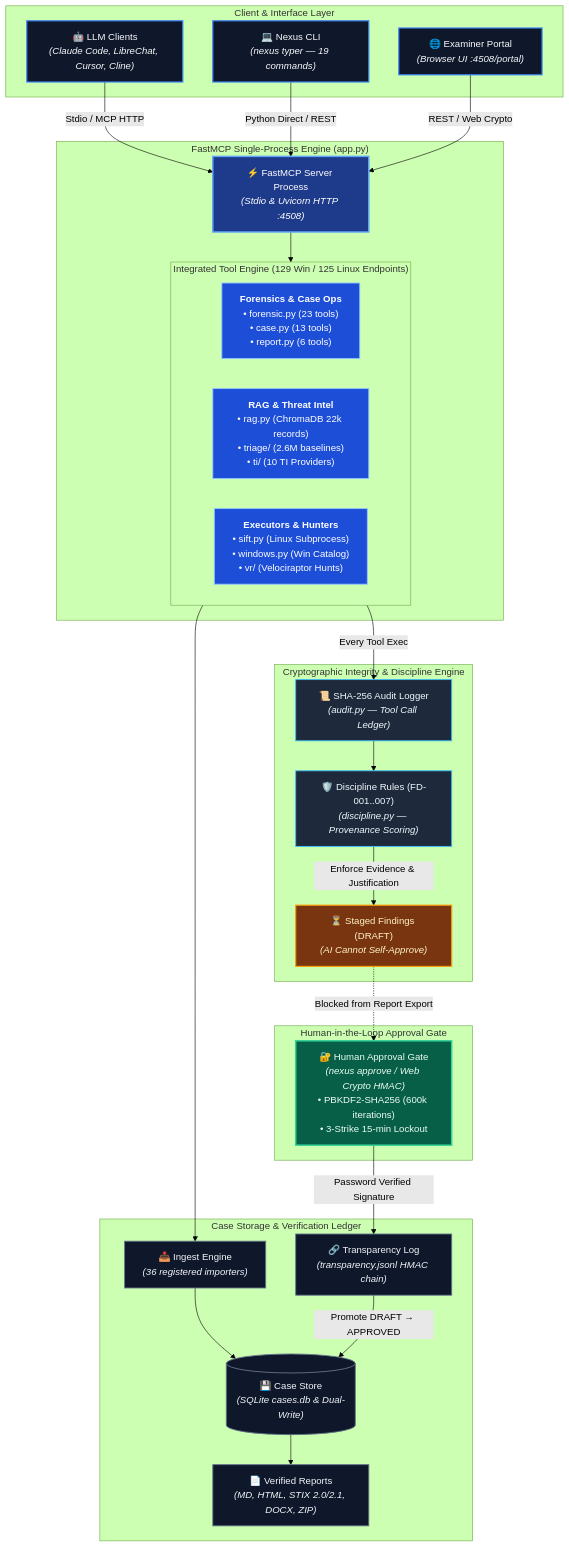
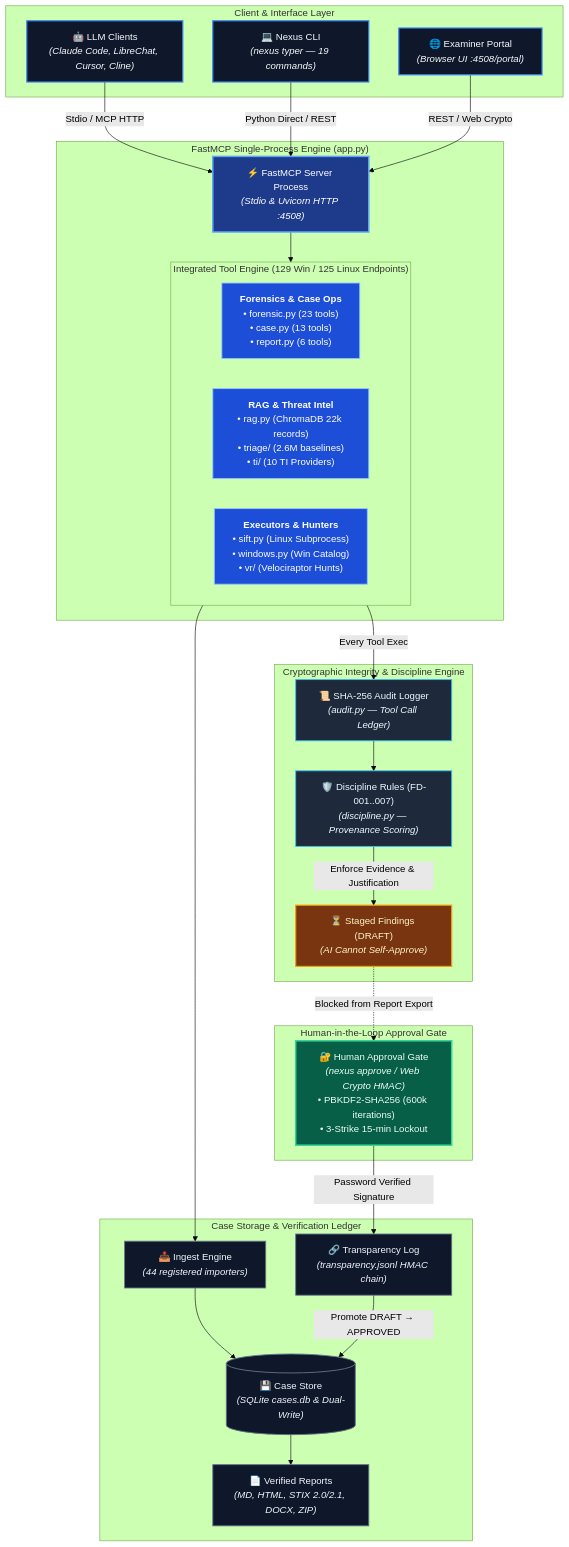
One commit to Ganron007/DFIR-Nexus changed the second of 2 diagrams in Docs/ARCHITECTURE.md. Above: the diagram before and after it, drawn with Mermaid (forest theme). The commit also changed other lines of this file and 4 other files, not shown here.

First line of the commit message:
docs: second pass — N3 schema v2, Mode 2/3 status, API contract, FAQ, README modes

````diff
--- a/Docs/ARCHITECTURE.md
+++ b/Docs/ARCHITECTURE.md
@@ -90,72 +90,72 @@
 ```mermaid
 flowchart TD
     %% DFIR-Nexus Architecture Diagram - Logo Matched (#1e3a8a, #2563eb, #60a5fa, #0f172a)
     classDef clientStyle fill:#0f172a,stroke:#3b82f6,stroke-width:2px,color:#f8fafc;
     classDef serverStyle fill:#1e3a8a,stroke:#60a5fa,stroke-width:2.5px,color:#ffffff;
     classDef toolStyle fill:#1d4ed8,stroke:#93c5fd,stroke-width:1.5px,color:#ffffff;
     classDef disciplineStyle fill:#1e293b,stroke:#38bdf8,stroke-width:1.5px,color:#f0f9ff;
     classDef draftStyle fill:#78350f,stroke:#f59e0b,stroke-width:2px,color:#fef3c7;
     classDef gateStyle fill:#065f46,stroke:#34d399,stroke-width:2.5px,color:#ecfdf5;
     classDef storageStyle fill:#0f172a,stroke:#64748b,stroke-width:1.5px,color:#f1f5f9;
 
     subgraph CLIENTS [" Client & Interface Layer "]
         LLM["🤖 LLM Clients<br/><i>(Claude Code, LibreChat, Cursor, Cline)</i>"]:::clientStyle
         CLI["💻 Nexus CLI<br/><i>(nexus typer — 19 commands)</i>"]:::clientStyle
         WEB["🌐 Examiner Portal<br/><i>(Browser UI :4508/portal)</i>"]:::clientStyle
     end
 
     subgraph CORE [" FastMCP Single-Process Engine (app.py) "]
         MCP["⚡ FastMCP Server Process<br/><i>(Stdio & Uvicorn HTTP :4508)</i>"]:::serverStyle
         
         subgraph MODULES [" Integrated Tool Engine (129 Win / 125 Linux Endpoints) "]
             direction LR
             CORE_TOOLS["<b>Forensics & Case Ops</b><br/>• forensic.py (23 tools)<br/>• case.py (13 tools)<br/>• report.py (6 tools)"]:::toolStyle
             INTEL_TOOLS["<b>RAG & Threat Intel</b><br/>• rag.py (ChromaDB 22k records)<br/>• triage/ (2.6M baselines)<br/>• ti/ (10 TI Providers)"]:::toolStyle
             EXEC_TOOLS["<b>Executors & Hunters</b><br/>• sift.py (Linux Subprocess)<br/>• windows.py (Win Catalog)<br/>• vr/ (Velociraptor Hunts)"]:::toolStyle
         end
     end
 
     subgraph DISCIPLINE [" Cryptographic Integrity & Discipline Engine "]
         AUDIT["📜 SHA-256 Audit Logger<br/><i>(audit.py — Tool Call Ledger)</i>"]:::disciplineStyle
         RULES["🛡️ Discipline Rules (FD-001..007)<br/><i>(discipline.py — Provenance Scoring)</i>"]:::disciplineStyle
         DRAFT["⏳ Staged Findings (DRAFT)<br/><i>(AI Cannot Self-Approve)</i>"]:::draftStyle
     end
 
     subgraph HITL [" Human-in-the-Loop Approval Gate "]
         GATE["🔐 Human Approval Gate<br/><i>(nexus approve / Web Crypto HMAC)</i><br/>• PBKDF2-SHA256 (600k iterations)<br/>• 3-Strike 15-min Lockout"]:::gateStyle
     end
 
     subgraph LEDGER [" Case Storage & Verification Ledger "]
-        INGEST["📥 Ingest Engine<br/><i>(36 registered importers)</i>"]:::storageStyle
+        INGEST["📥 Ingest Engine<br/><i>(44 registered importers)</i>"]:::storageStyle
         DB[("💾 Case Store<br/><i>(SQLite cases.db & Dual-Write)</i>")]:::storageStyle
         TRANSPARENCY["🔗 Transparency Log<br/><i>(transparency.jsonl HMAC chain)</i>"]:::storageStyle
         REPORTS["📄 Verified Reports<br/><i>(MD, HTML, STIX 2.0/2.1, DOCX, ZIP)</i>"]:::storageStyle
     end
 
     %% Flow Connections
     LLM -->|Stdio / MCP HTTP| MCP
     CLI -->|Python Direct / REST| MCP
     WEB -->|REST / Web Crypto| MCP
 
     MCP --> MODULES
     MODULES --> INGEST
     INGEST --> DB
 
     MODULES -->|Every Tool Exec| AUDIT
     AUDIT --> RULES
     RULES -->|Enforce Evidence & Justification| DRAFT
 
     DRAFT -.->|Blocked from Report Export| GATE
     GATE -->|Password Verified Signature| TRANSPARENCY
     TRANSPARENCY -->|Promote DRAFT → APPROVED| DB
     DB --> REPORTS
 
     %% Apply Styles
     class LLM,CLI,WEB clientStyle;
     class MCP serverStyle;
     class CORE_TOOLS,INTEL_TOOLS,EXEC_TOOLS toolStyle;
     class AUDIT,RULES disciplineStyle;
     class DRAFT draftStyle;
     class GATE gateStyle;
     class INGEST,DB,TRANSPARENCY,REPORTS storageStyle;
 ```
````
